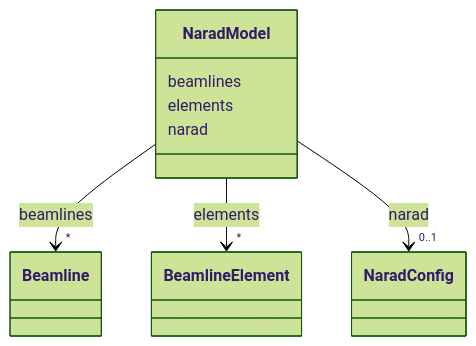
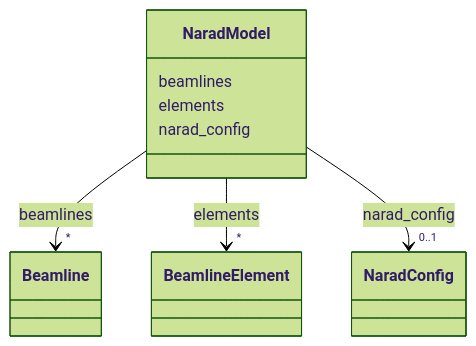
Before and after one commit to pals-project/pals-facility-config: the diagram in docs_narad/NaradModel.md, drawn with Mermaid (forest theme). The commit also changed other lines of this file and 235 other files, not shown here.

Commit message:
aligned schema to SOSA SNN, gen-project gendocs and validate all work

````diff
--- a/docs_narad/NaradModel.md
+++ b/docs_narad/NaradModel.md
@@ -18,39 +18,39 @@
 ```mermaid
  classDiagram
     class NaradModel
     click NaradModel href "../NaradModel/"
       NaradModel : beamlines
         
           
     
         
         
         NaradModel --> "*" Beamline : beamlines
         click Beamline href "../Beamline/"
     
 
         
       NaradModel : elements
         
           
     
         
         
         NaradModel --> "*" BeamlineElement : elements
         click BeamlineElement href "../BeamlineElement/"
     
 
         
-      NaradModel : narad
+      NaradModel : narad_config
         
           
     
         
         
-        NaradModel --> "0..1" NaradConfig : narad
+        NaradModel --> "0..1" NaradConfig : narad_config
         click NaradConfig href "../NaradConfig/"
     
 
         
       
 ```
````
